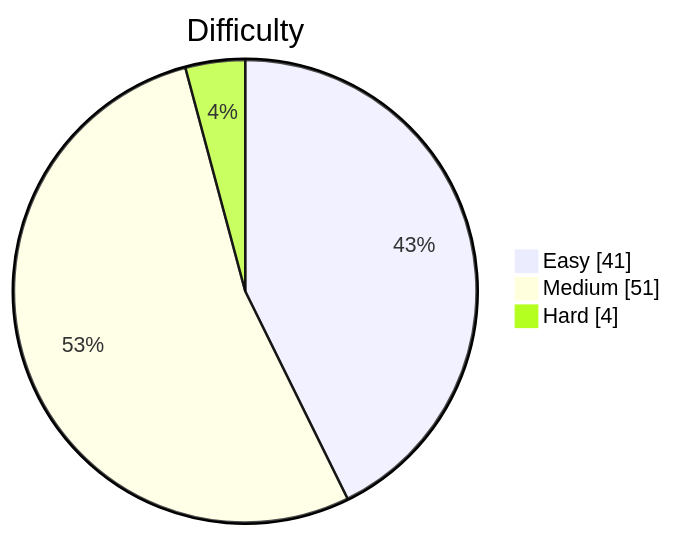
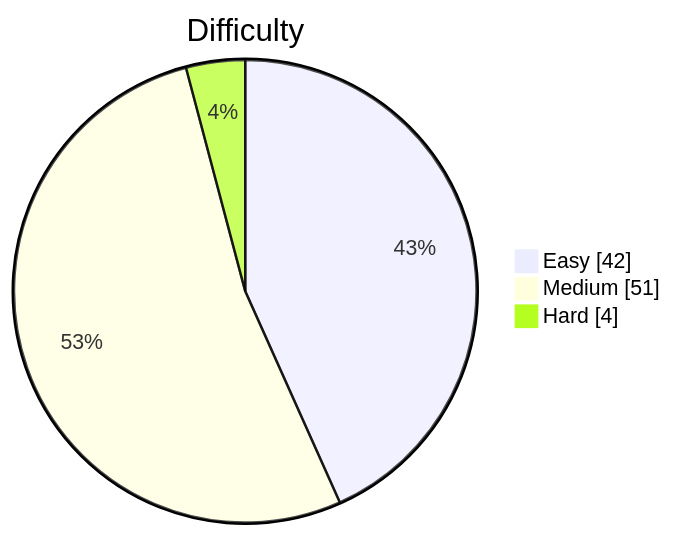
The diagram in README.md (kevstevie/python-algo-practice), drawn with Mermaid before and after one commit. The commit also changed other lines of this file, not shown here.

````diff
--- a/README.md
+++ b/README.md
@@ -13,7 +13,7 @@
 ```mermaid
 pie showData
     title Difficulty
-    "Easy"   : 41
+    "Easy"   : 42
     "Medium" : 51
     "Hard"   : 4
 ```
````
